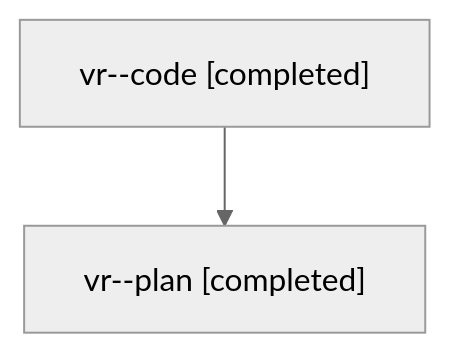
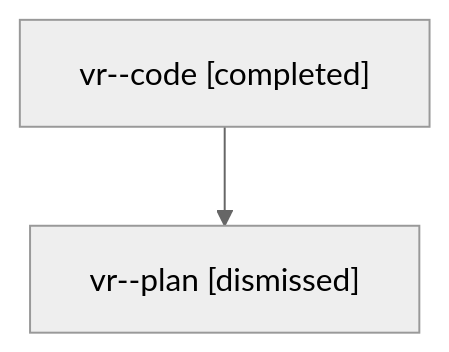
The diagram in families/bbugyi200.athena.vr.md (sase-org/sase--agents), drawn with Mermaid (neutral theme) before and after one commit. The commit also changed other lines of this file and 1120 other files, not shown here.

````diff
--- a/families/bbugyi200.athena.vr.md
+++ b/families/bbugyi200.athena.vr.md
@@ -9,6 +9,6 @@
 ```mermaid
 flowchart TD
   n0["vr--code [completed]"]
-  n1["vr--plan [completed]"]
+  n1["vr--plan [dismissed]"]
   n0 --> n1
 ```
````
